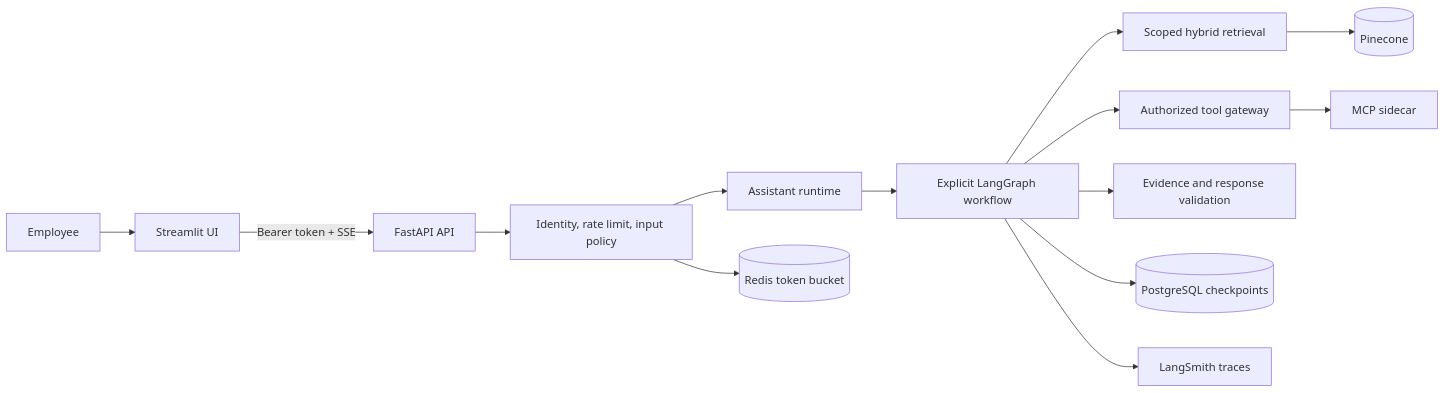
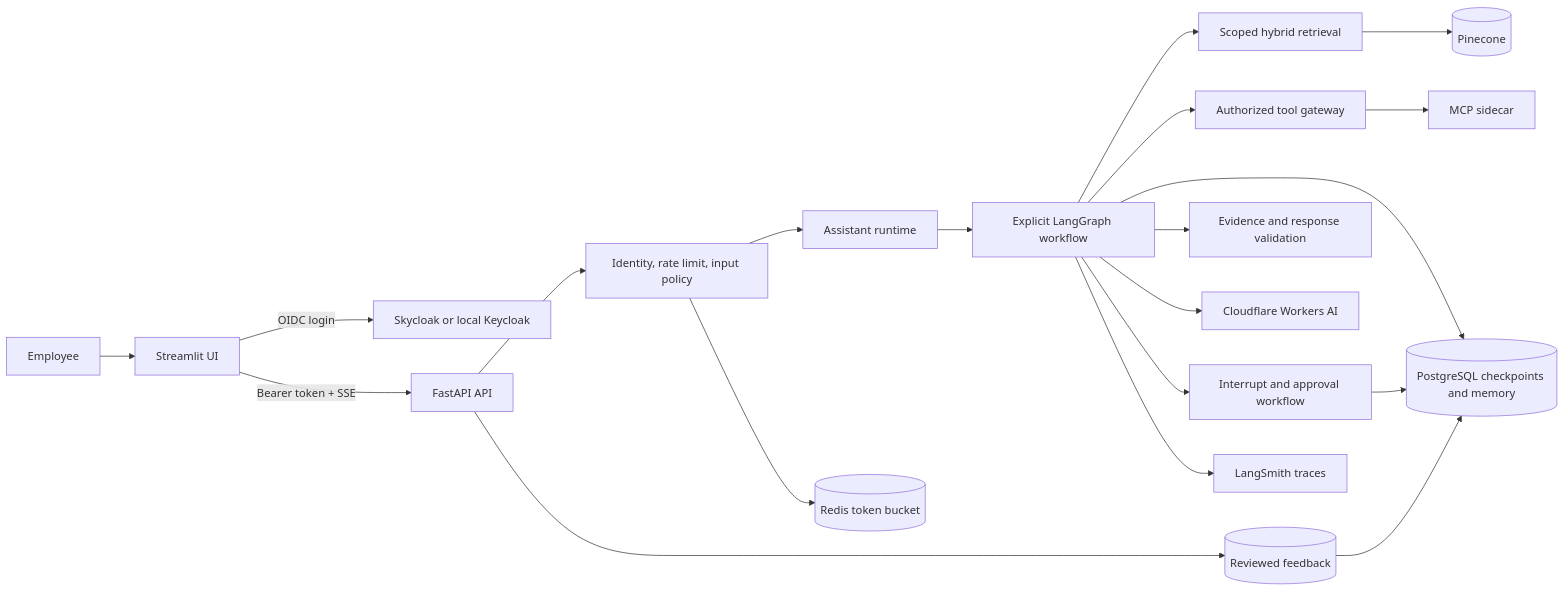
Before and after one commit to yathindrak/orysys: the diagram in docs/diagrams/system-context.mmd, drawn with Mermaid. The commit also changed other lines of this file and 15 other files, not shown here.

```diff
--- a/docs/diagrams/system-context.mmd
+++ b/docs/diagrams/system-context.mmd
@@ -1,14 +1,20 @@
 flowchart LR
     User[Employee] --> UI[Streamlit UI]
+    UI -->|OIDC login| Keycloak[Skycloak or local Keycloak]
     UI -->|Bearer token + SSE| API[FastAPI API]
     API --> Policy[Identity, rate limit, input policy]
     Policy --> Runtime[Assistant runtime]
     Runtime --> Graph[Explicit LangGraph workflow]
     Graph --> Retrieval[Scoped hybrid retrieval]
     Graph --> Tools[Authorized tool gateway]
+    Graph --> Approval[Interrupt and approval workflow]
     Graph --> Validation[Evidence and response validation]
+    Graph --> Cloudflare[Cloudflare Workers AI]
     Retrieval --> Pinecone[(Pinecone)]
     Tools --> MCP[MCP sidecar]
-    Graph --> Postgres[(PostgreSQL checkpoints)]
+    Graph --> Postgres[(PostgreSQL checkpoints and memory)]
+    API --> Feedback[(Reviewed feedback)]
+    Approval --> Postgres
+    Feedback --> Postgres
     Policy --> Redis[(Redis token bucket)]
     Graph --> LangSmith[LangSmith traces]
```
